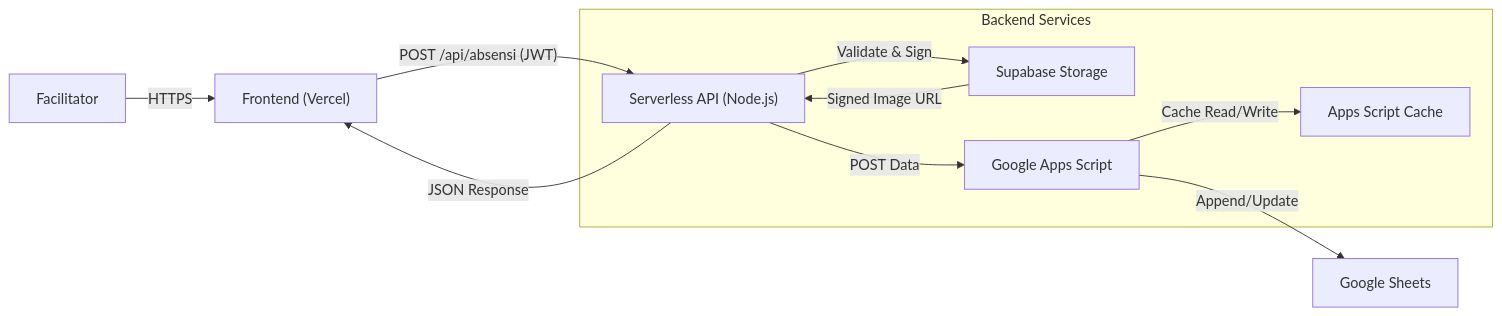
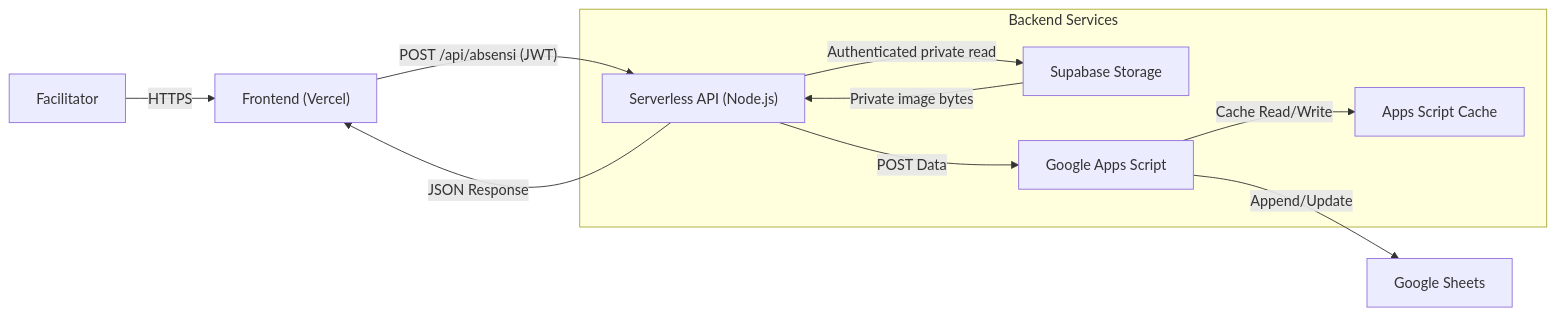
The diagram in README.md (ojeeeeedev/absensikatekumen), drawn with Mermaid before and after one commit. The commit also changed other lines of this file and 267 other files, not shown here.

````diff
--- a/README.md
+++ b/README.md
@@ -58,16 +58,16 @@
 ```mermaid
 graph LR
     User[Facilitator] -- HTTPS --> Frontend["Frontend (Vercel)"]
     Frontend -- "POST /api/absensi (JWT)" --> API["Serverless API (Node.js)"]
 
     subgraph "Backend Services"
-    API -- "Validate & Sign" --> Supabase[Supabase Storage]
+    API -- "Authenticated private read" --> Supabase[Supabase Storage]
     API -- "POST Data" --> GAS[Google Apps Script]
     GAS -- "Cache Read/Write" --> Cache[Apps Script Cache]
     end
 
     GAS -- "Append/Update" --> Sheet[Google Sheets]
-    Supabase -- "Signed Image URL" --> API
+    Supabase -- "Private image bytes" --> API
 
     API -- "JSON Response" --> Frontend
 ```
````
